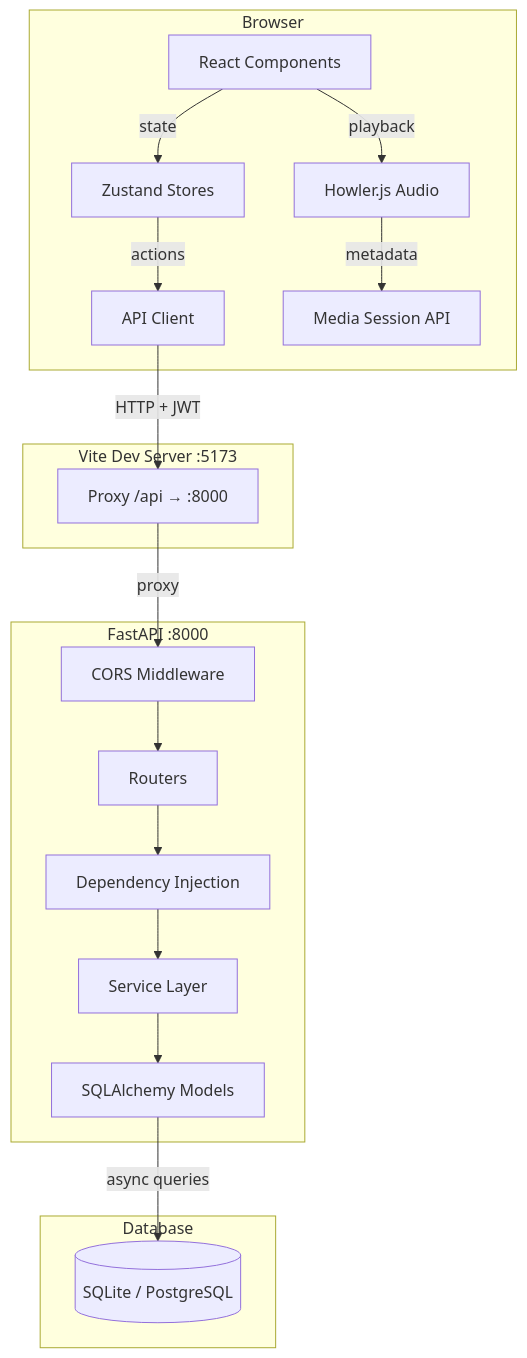
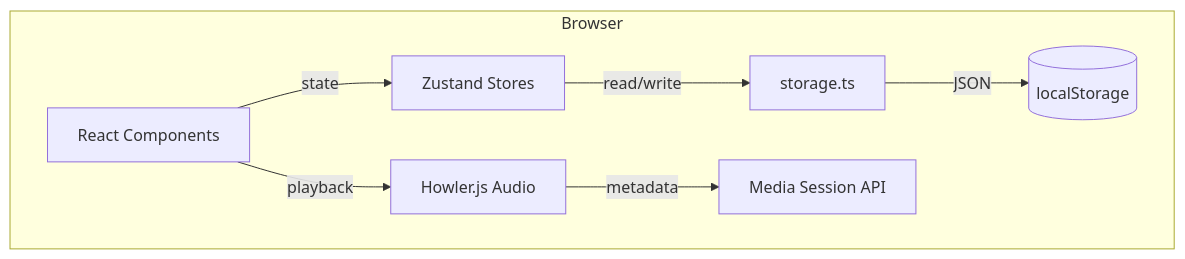
Before and after one commit to 5x5x5x5/stillwater: the first of 2 diagrams in docs/architecture/00-high-level-overview.md, drawn with Mermaid. The commit also changed other lines of this file and 65 other files, not shown here.

First line of the commit message:
Eliminate backend: replace FastAPI/SQLite with localStorage-only React app

````diff
--- a/docs/architecture/00-high-level-overview.md
+++ b/docs/architecture/00-high-level-overview.md
@@ -7,38 +7,17 @@
 ```mermaid
 graph TD
     subgraph Browser["Browser"]
         RC[React Components]
         ZS[Zustand Stores]
-        AC[API Client]
+        ST[storage.ts]
+        LS[(localStorage)]
         HW[Howler.js Audio]
         MS[Media Session API]
     end
 
-    subgraph DevProxy["Vite Dev Server :5173"]
-        VP[Proxy /api → :8000]
-    end
-
-    subgraph Backend["FastAPI :8000"]
-        CORS[CORS Middleware]
-        R[Routers]
-        DI[Dependency Injection]
-        SVC[Service Layer]
-        ORM[SQLAlchemy Models]
-    end
-
-    subgraph Database["Database"]
-        SQLite[(SQLite / PostgreSQL)]
-    end
-
     RC -->|state| ZS
-    ZS -->|actions| AC
+    ZS -->|read/write| ST
+    ST -->|JSON| LS
     RC -->|playback| HW
     HW -->|metadata| MS
-    AC -->|HTTP + JWT| VP
-    VP -->|proxy| CORS
-    CORS --> R
-    R --> DI
-    DI --> SVC
-    SVC --> ORM
-    ORM -->|async queries| SQLite
 ```
````
